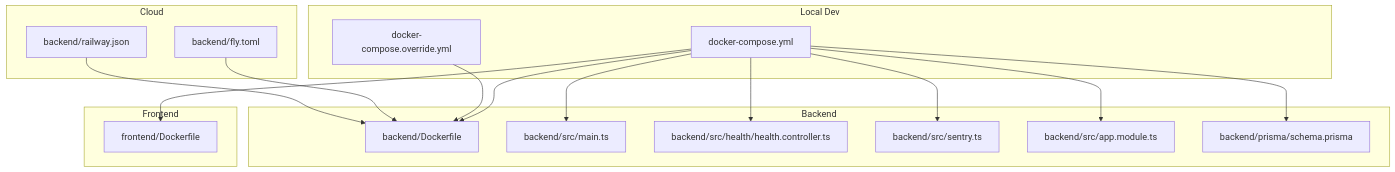
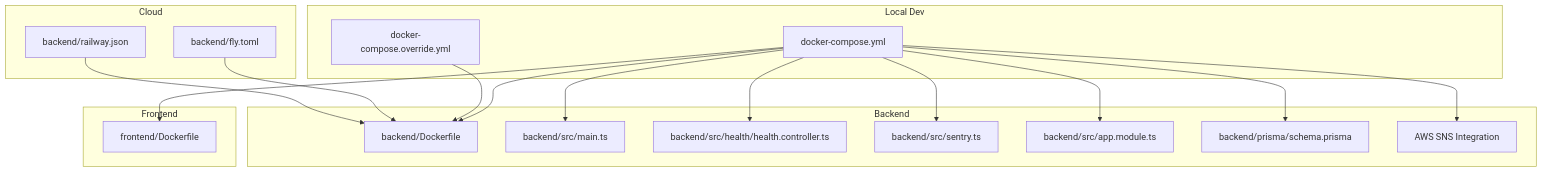
One commit to statgod6/4ever changed the first of 12 diagrams in .qoder/repowiki/en/content/System Architecture/Deployment & Infrastructure.md. Above: the diagram before and after it, drawn with Mermaid. The commit also changed other lines of this file and 116 other files, not shown here.

````diff
--- a/.qoder/repowiki/en/content/System Architecture/Deployment & Infrastructure.md
+++ b/.qoder/repowiki/en/content/System Architecture/Deployment & Infrastructure.md
@@ -43,32 +58,34 @@
 ```mermaid
 graph TB
 subgraph "Local Dev"
 DC["docker-compose.yml"]
 DCOverride["docker-compose.override.yml"]
 end
 subgraph "Backend"
 BDF["backend/Dockerfile"]
 BMain["backend/src/main.ts"]
 BHealth["backend/src/health/health.controller.ts"]
 BSentry["backend/src/sentry.ts"]
 BApp["backend/src/app.module.ts"]
 BPrisma["backend/prisma/schema.prisma"]
+BAWS["AWS SNS Integration"]
 end
 subgraph "Frontend"
 FDF["frontend/Dockerfile"]
 end
 subgraph "Cloud"
 Fly["backend/fly.toml"]
 Rail["backend/railway.json"]
 end
 DC --> BDF
 DC --> FDF
 DCOverride --> BDF
 DC --> BMain
 DC --> BHealth
 DC --> BSentry
 DC --> BApp
 DC --> BPrisma
+DC --> BAWS
 Fly --> BDF
 Rail --> BDF
 ```
````
